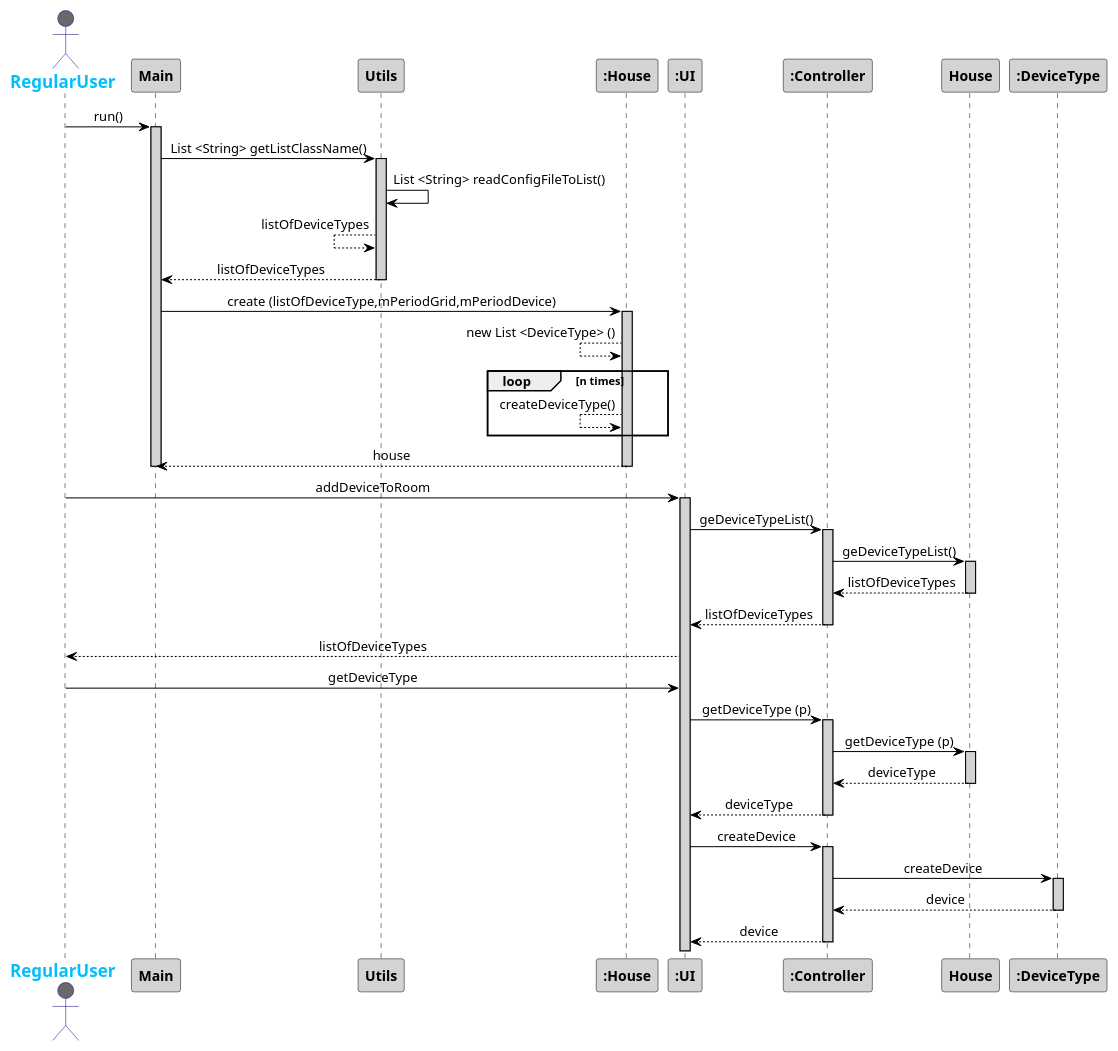
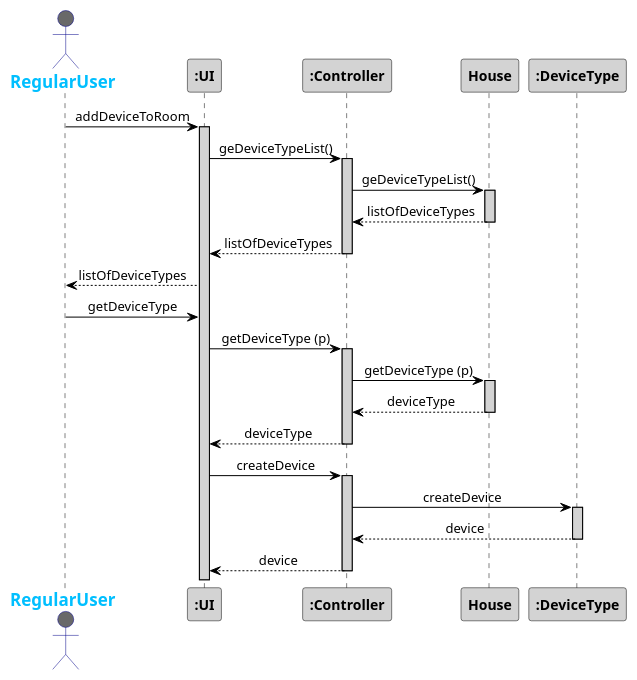
One commit to 1181687/hateoasToy changed the diagram in src/Docs/Sprint3/AddDeviceToRoom.puml. Above: the diagram before and after it, drawn with PlantUML.

Commit message:
Changes to addDeviceToRoom Sequence Diagram

```diff
--- a/src/Docs/Sprint3/AddDeviceToRoom.puml
+++ b/src/Docs/Sprint3/AddDeviceToRoom.puml
@@ -1,69 +1,50 @@
 @startuml
 skinparam sequenceMessageAlign center
 skinparam sequence {
 	ArrowColor Black
 	ActorBorderColor DarkBlue
 	LifeLineBorderColor black
 	LifeLineBackgroundColor LightGrey
 
 	ParticipantBorderColor Black
 	ParticipantBackgroundColor LightGrey
 	ParticipantFontStyle Bold
 
 	ActorBackgroundColor DimGrey
 	ActorFontColor DeepSkyBlue
 	ActorFontStyle Bold
 	ActorFontSize 17
 	ActorFontName Aapex
 }
 
 actor RegularUser
-RegularUser -> Main: run()
-activate Main
-Main -> Utils: List <String> getListClassName()
-activate Utils
-Utils -> Utils: List <String> readConfigFileToList()
-Utils <-- Utils: listOfDeviceTypes
-Main <-- Utils: listOfDeviceTypes
-deactivate Utils
-
-Main -> ":House": create (listOfDeviceType,mPeriodGrid,mPeriodDevice)
-activate ":House"
-":House" <-- ":House": new List <DeviceType> ()
-loop n times
-":House" <-- ":House": createDeviceType()
-end
-Main <-- ":House": house
-deactivate ":House"
-deactivate Main
-
 RegularUser -> ":UI": addDeviceToRoom
 activate ":UI"
 ":UI" -> ":Controller": geDeviceTypeList()
 activate ":Controller"
 ":Controller" -> "House": geDeviceTypeList()
 activate "House"
 ":Controller" <-- "House": listOfDeviceTypes
 deactivate "House"
 ":UI" <-- ":Controller": listOfDeviceTypes
 deactivate ":Controller"
 RegularUser <-- ":UI": listOfDeviceTypes
 RegularUser -> ":UI": getDeviceType
 ":UI" -> ":Controller": getDeviceType (p)
 activate ":Controller"
 ":Controller" -> "House": getDeviceType (p)
 activate "House"
 ":Controller" <-- "House": deviceType
 deactivate "House"
 ":UI" <-- ":Controller": deviceType
 deactivate ":Controller"
 ":UI" -> ":Controller": createDevice
 activate ":Controller"
 ":Controller" -> ":DeviceType": createDevice
 activate ":DeviceType"
 ":Controller" <-- ":DeviceType": device
 deactivate ":DeviceType"
 ":UI" <-- ":Controller": device
 deactivate ":Controller"
 
 @enduml
```
